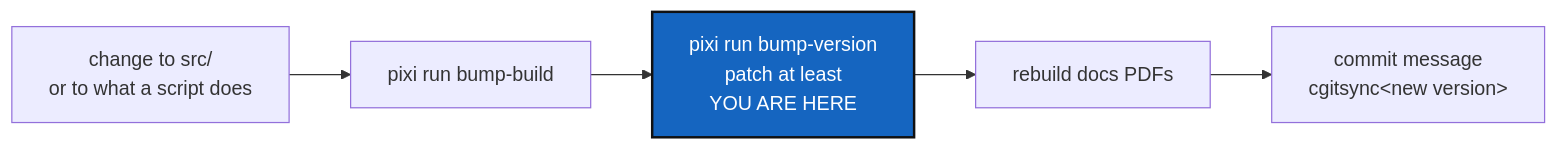
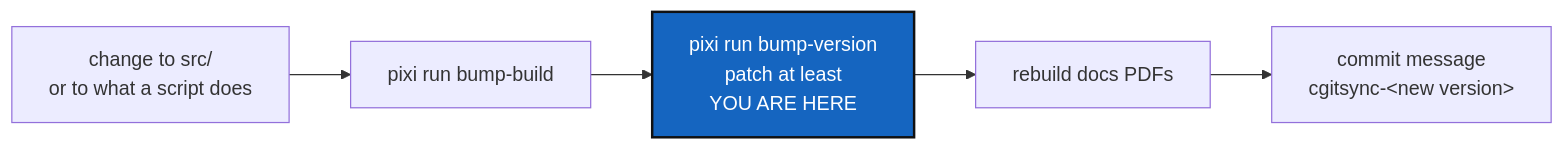
The diagram in Versioning.md (flipoyo/.dev), drawn with Mermaid before and after one commit. The commit also changed other lines of this file and 4 other files, not shown here.

````diff
--- a/Versioning.md
+++ b/Versioning.md
@@ -35,10 +35,10 @@
 ```mermaid
 graph LR
     C["change to src/<br/>or to what a script does"] --> B["pixi run bump-build"]
     B --> V["pixi run bump-version<br/>patch at least<br/>YOU ARE HERE"]
     V --> P["rebuild docs PDFs"]
-    P --> M["commit message<br/>cgitsync&lt;new version&gt;"]
+    P --> M["commit message<br/>cgitsync-&lt;new version&gt;"]
 
     classDef here fill:#1565C0,color:#fff,stroke:#111,stroke-width:2px;
     class V here;
 ```
````
